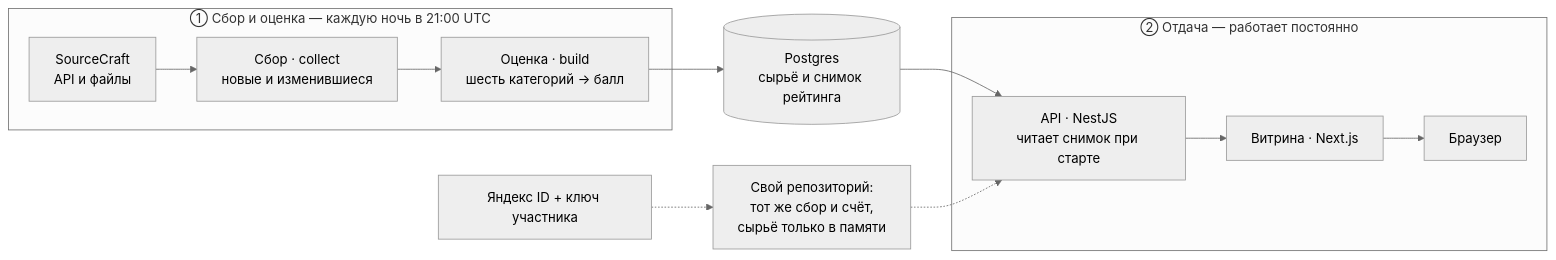
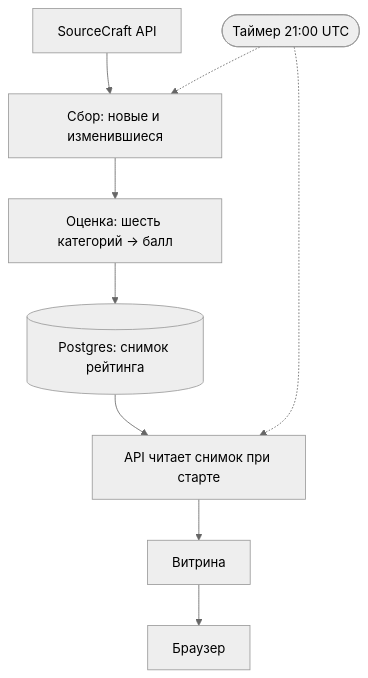
The first of 4 diagrams in README.md (Pelmenya/ralph-demo), drawn with Mermaid (neutral theme) before and after one commit. The commit also changed other lines of this file, not shown here.

Commit message:
docs: проба крупных вариантов Mermaid

````diff
--- a/README.md
+++ b/README.md
@@ -7,15 +5,11 @@
 ```mermaid
-flowchart LR
-    subgraph night["① Сбор и оценка — каждую ночь в 21:00 UTC"]
-        SC["SourceCraft<br/>API и файлы"] --> C["Сбор · collect<br/>новые и изменившиеся"]
-        C --> B["Оценка · build<br/>шесть категорий → балл"]
-    end
-    B --> PG[("Postgres<br/>сырьё и снимок рейтинга")]
-    subgraph serve["② Отдача — работает постоянно"]
-        API["API · NestJS<br/>читает снимок при старте"] --> UI["Витрина · Next.js"]
-        UI --> U["Браузер"]
-    end
-    PG --> API
-    Y["Яндекс ID + ключ участника"] -.-> P["Свой репозиторий:<br/>тот же сбор и счёт,<br/>сырьё только в памяти"]
-    P -.-> API
+flowchart TB
+    SC["SourceCraft API"] --> C["Сбор: новые и изменившиеся"]
+    C --> B["Оценка: шесть категорий → балл"]
+    B --> PG[("Postgres: снимок рейтинга")]
+    PG --> API["API читает снимок при старте"]
+    API --> UI["Витрина"]
+    UI --> U["Браузер"]
+    T(["Таймер 21:00 UTC"]) -.-> C
+    T -.-> API
 ```
````
